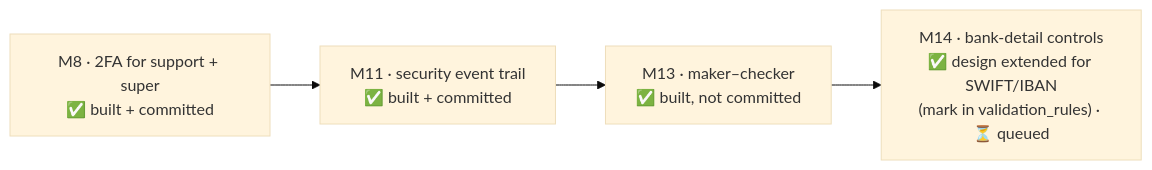
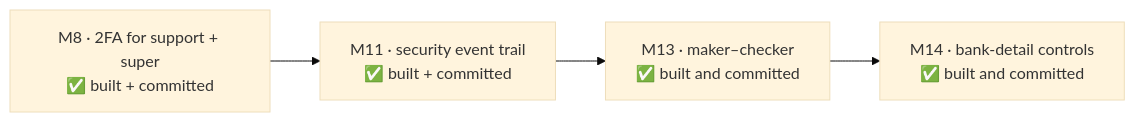
One commit to sampadadiwan/IRM_CompanyMain changed the sixth of 11 diagrams in docs/security/owasp_2026_11_changes.md. Above: the diagram before and after it, drawn with Mermaid (base theme). The commit also changed other lines of this file and 67 other files, not shown here.

````diff
--- a/docs/security/owasp_2026_11_changes.md
+++ b/docs/security/owasp_2026_11_changes.md
@@ -1233,6 +1233,6 @@
 ```mermaid
 flowchart LR
     M8["M8 · 2FA for support + super<br/>✅ built + committed"] --> M11["M11 · security event trail<br/>✅ built + committed"]
-    M11 --> M13["M13 · maker–checker<br/>✅ built, not committed"]
-    M13 --> M14["M14 · bank-detail controls<br/>✅ design extended for SWIFT/IBAN<br/>(mark in validation_rules) · ⏳ queued"]
+    M11 --> M13["M13 · maker–checker<br/>✅ built and committed"]
+    M13 --> M14["M14 · bank-detail controls<br/>✅ built and committed"]
 ```
````
